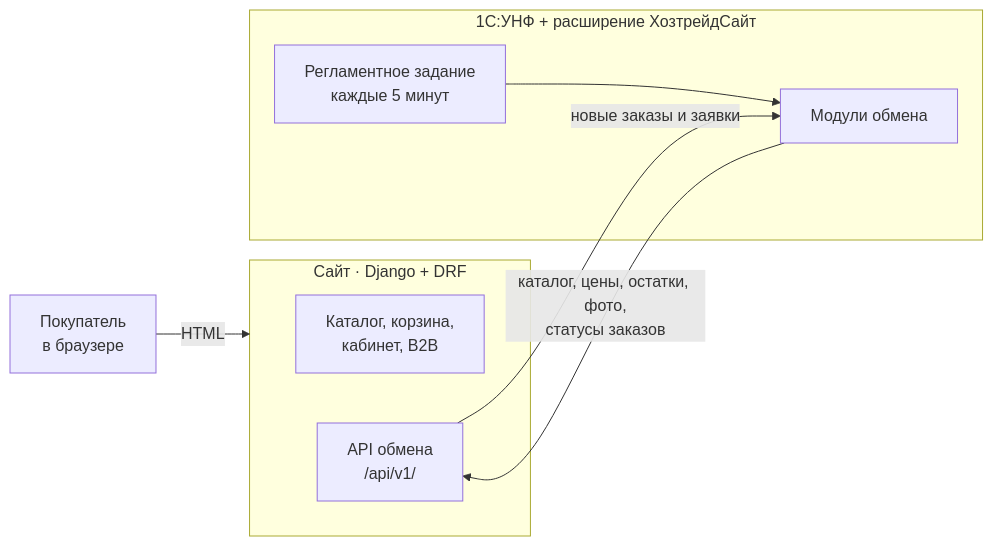
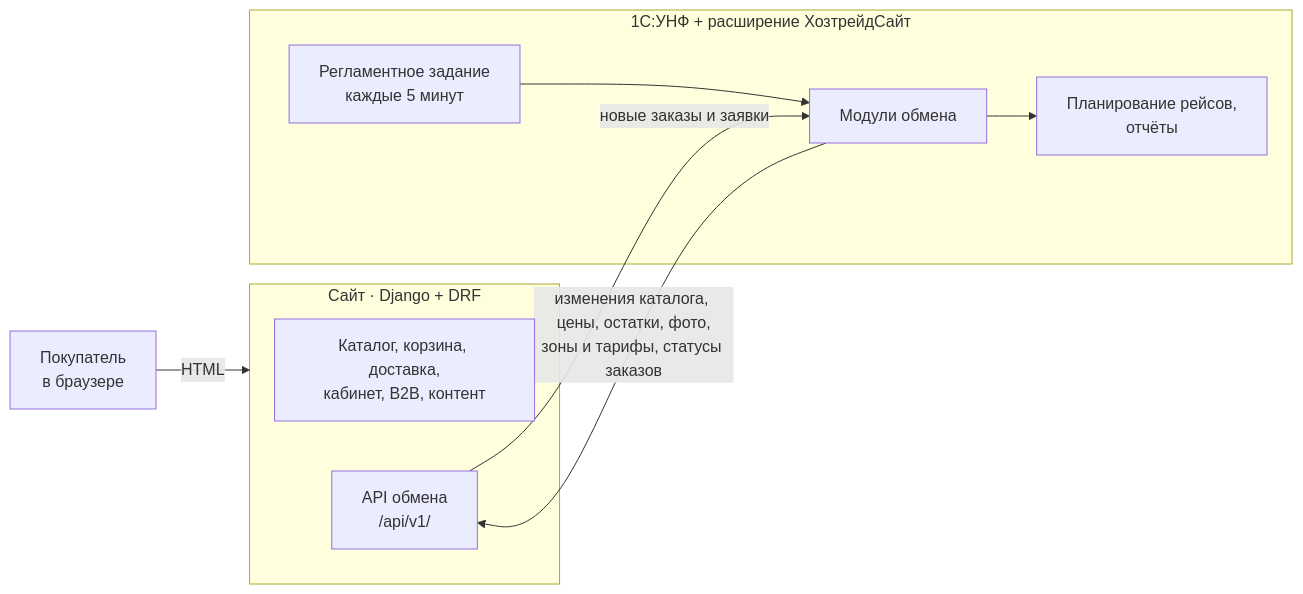
Before and after one commit to shadelll1/Hoztrade: the diagram in README.md, drawn with Mermaid. The commit also changed other lines of this file and 4 other files, not shown here.

````diff
--- a/README.md
+++ b/README.md
@@ -16,15 +18,17 @@
 ```mermaid
 flowchart LR
     B[Покупатель<br>в браузере] -->|HTML| S
     subgraph S[Сайт · Django + DRF]
-      C[Каталог, корзина,<br>кабинет, B2B]
+      C[Каталог, корзина, доставка,<br>кабинет, B2B, контент]
       A[API обмена<br>/api/v1/]
     end
     subgraph O[1С:УНФ + расширение ХозтрейдСайт]
       J[Регламентное задание<br>каждые 5 минут]
       E[Модули обмена]
+      P[Планирование рейсов,<br>отчёты]
     end
     J --> E
-    E -->|каталог, цены, остатки, фото,<br>статусы заказов| A
+    E -->|изменения каталога, цены, остатки, фото,<br>зоны и тарифы, статусы заказов| A
     A -->|новые заказы и заявки| E
+    E --> P
 ```
````
